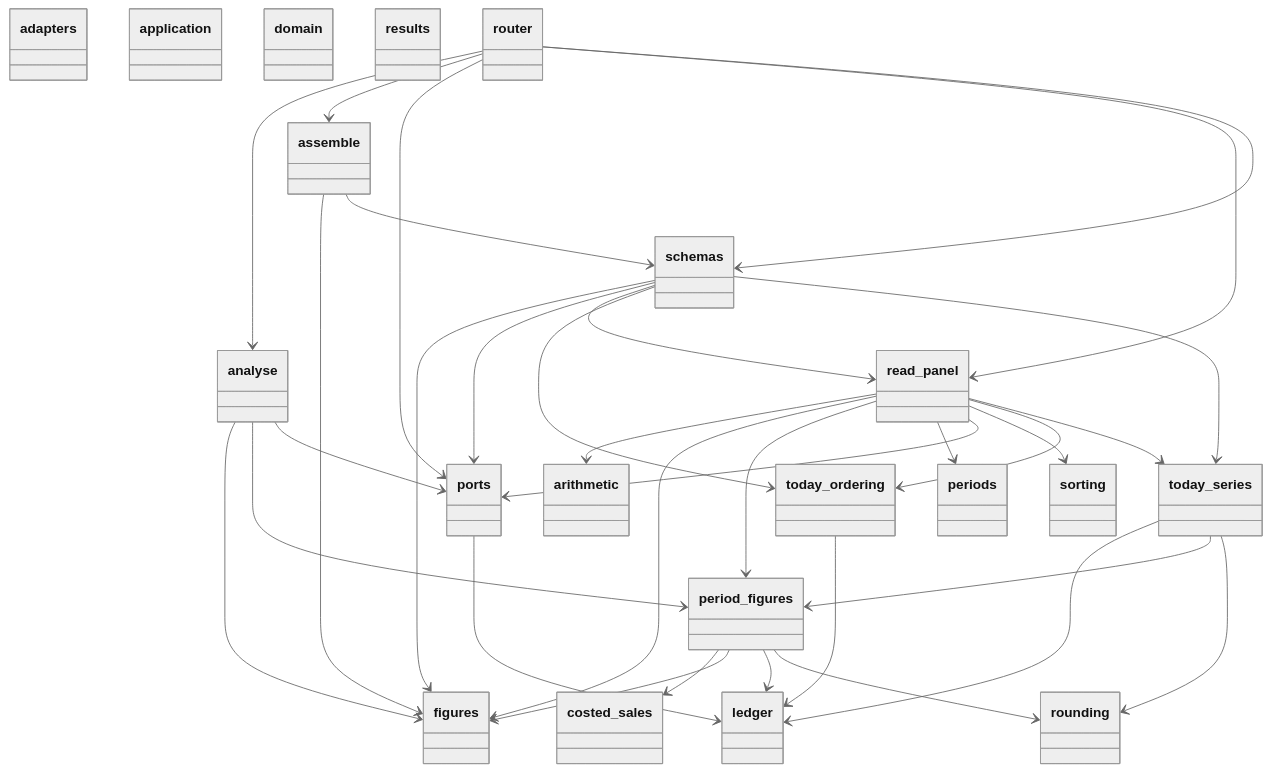
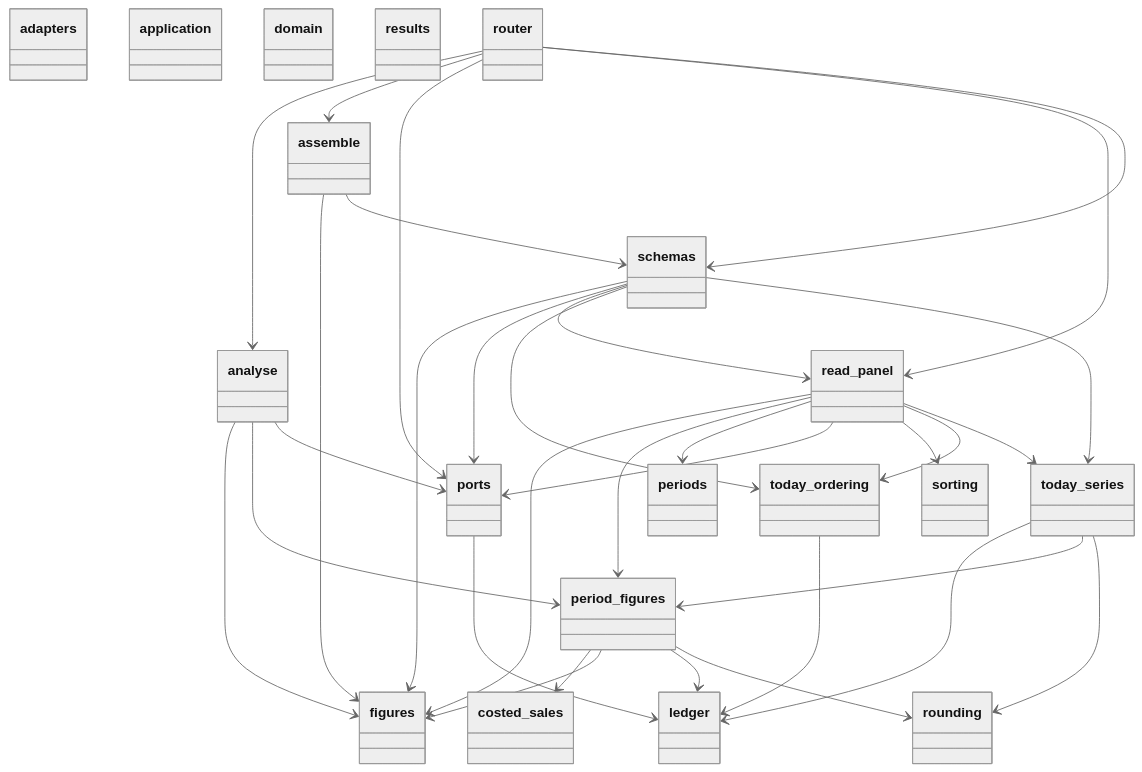
Before and after one commit to GonzaloZevallos/apostrophe: the first of 4 diagrams in docs/architecture/generated/classes/results.md, drawn with Mermaid (neutral theme). The commit also changed 3 other files, not shown here.

````diff
--- a/docs/architecture/generated/classes/results.md
+++ b/docs/architecture/generated/classes/results.md
@@ -7,75 +7,72 @@
 ```mermaid
 classDiagram
   class adapters {
   }
   class analyse {
   }
   class application {
-  }
-  class arithmetic {
   }
   class assemble {
   }
   class costed_sales {
   }
   class domain {
   }
   class figures {
   }
   class ledger {
   }
   class period_figures {
   }
   class periods {
   }
   class ports {
   }
   class read_panel {
   }
   class results {
   }
   class rounding {
   }
   class router {
   }
   class schemas {
   }
   class sorting {
   }
   class today_ordering {
   }
   class today_series {
   }
   analyse --> figures
   analyse --> period_figures
   analyse --> ports
   assemble --> figures
   assemble --> schemas
   period_figures --> costed_sales
   period_figures --> figures
   period_figures --> ledger
   period_figures --> rounding
   ports --> ledger
-  read_panel --> arithmetic
   read_panel --> figures
   read_panel --> period_figures
   read_panel --> periods
   read_panel --> ports
   read_panel --> sorting
   read_panel --> today_ordering
   read_panel --> today_series
   router --> analyse
   router --> assemble
   router --> ports
   router --> read_panel
   router --> schemas
   schemas --> figures
   schemas --> ports
   schemas --> read_panel
   schemas --> today_ordering
   schemas --> today_series
   today_ordering --> ledger
   today_series --> ledger
   today_series --> period_figures
   today_series --> rounding
 ```
````
